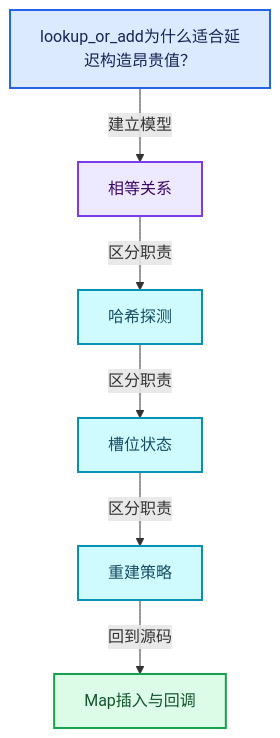
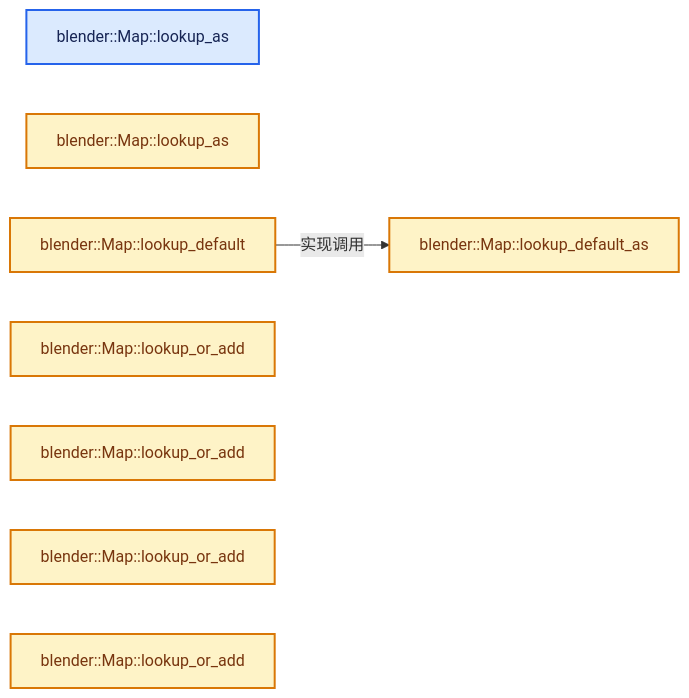
One commit to yunkezengren/blender-.vscode changed the second of 4 diagrams in 杂/markdown/全面学习-codex/02-哈希表与关联数据结构/05-Map插入与回调.md. Above: the diagram before and after it, drawn with Mermaid. The commit also changed other lines of this file and 1930 other files, not shown here.

````diff
--- a/杂/markdown/全面学习-codex/02-哈希表与关联数据结构/05-Map插入与回调.md
+++ b/杂/markdown/全面学习-codex/02-哈希表与关联数据结构/05-Map插入与回调.md
@@ -60,20 +46,18 @@
 ```mermaid
-flowchart TB
-  Q["lookup_or_add为什么适合延迟构造昂贵值？"]:::input
-  C0["相等关系"]:::abstraction
-  C1["哈希探测"]:::data
-  C2["槽位状态"]:::data
-  C3["重建策略"]:::data
-  R["Map插入与回调"]:::result
-  Q -->|"建立模型"| C0
-  C0 -->|"区分职责"| C1
-  C1 -->|"区分职责"| C2
-  C2 -->|"区分职责"| C3
-  C3 -->|"回到源码"| R
+flowchart LR
+  F0["blender::Map::lookup_as"]:::input
+  F1["blender::Map::lookup_as"]:::compute
+  F2["blender::Map::lookup_default"]:::compute
+  F3["blender::Map::lookup_default_as"]:::compute
+  F4["blender::Map::lookup_or_add"]:::compute
+  F5["blender::Map::lookup_or_add"]:::compute
+  F6["blender::Map::lookup_or_add"]:::compute
+  F7["blender::Map::lookup_or_add"]:::compute
+  F2 -->|"实现调用"| F3
   classDef input fill:#DBEAFE,stroke:#2563EB,color:#172554,stroke-width:2px;
   classDef data fill:#CFFAFE,stroke:#0891B2,color:#164E63,stroke-width:2px;
   classDef abstraction fill:#EDE9FE,stroke:#7C3AED,color:#3B0764,stroke-width:2px;
   classDef compute fill:#FEF3C7,stroke:#D97706,color:#78350F,stroke-width:2px;
   classDef result fill:#DCFCE7,stroke:#16A34A,color:#14532D,stroke-width:2px;
   classDef error fill:#FEE2E2,stroke:#DC2626,color:#7F1D1D,stroke-width:2px;
 ```
````
